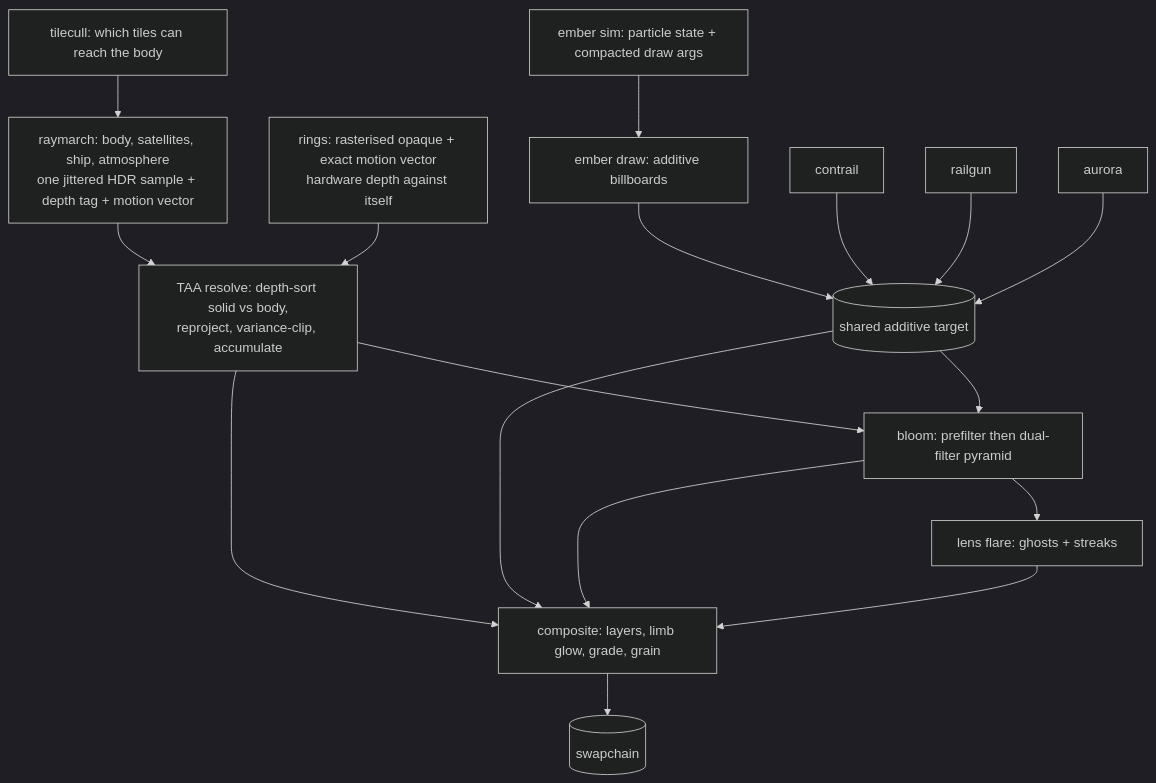
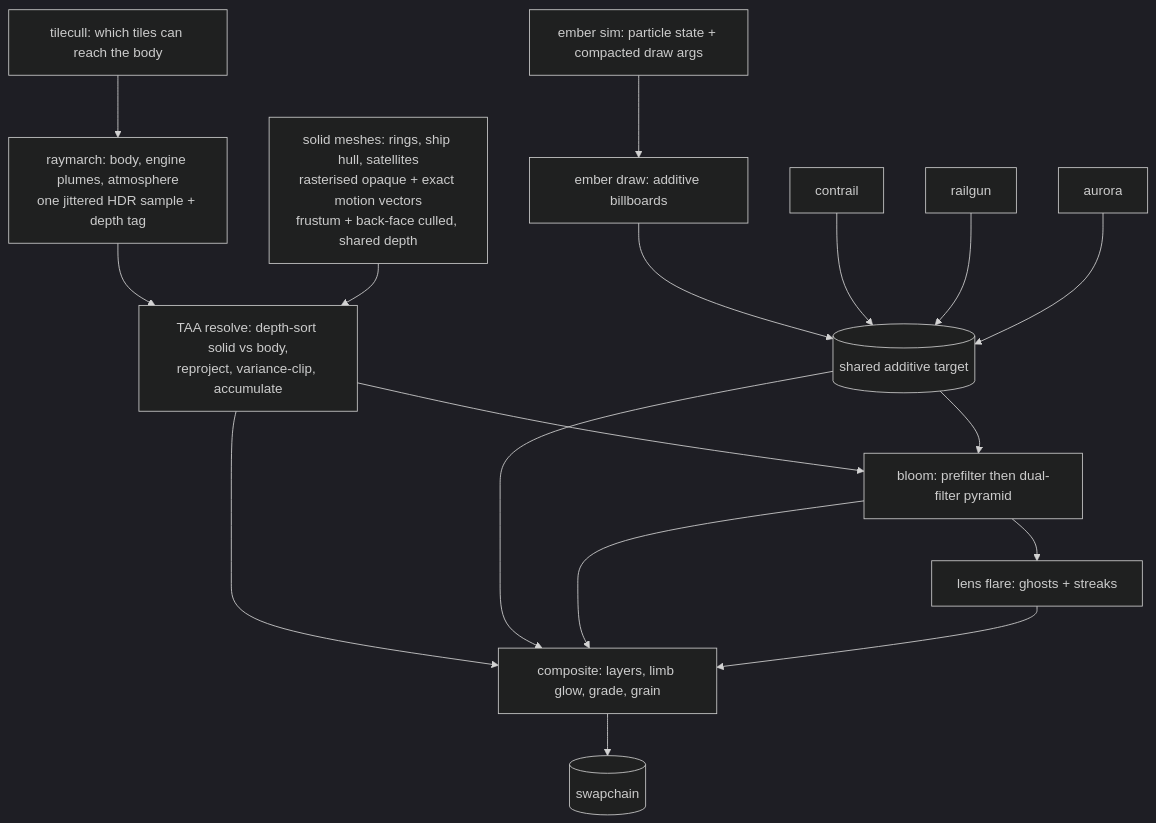
The diagram in ARCHITECTURE.md (xernobyl/potential-fishstick), drawn with Mermaid (dark theme) before and after one commit. The commit also changed other lines of this file and 18 other files, not shown here.

First line of the commit message:
feat: satellites as meshes, procedural hull paint, frustum culling, wireframe view

````diff
--- a/ARCHITECTURE.md
+++ b/ARCHITECTURE.md
@@ -50,20 +50,20 @@
 ```mermaid
 flowchart TD
     tilecull[tilecull: which tiles can reach the body] --> raymarch
-    raymarch[raymarch: body, satellites, ship, atmosphere<br/>one jittered HDR sample + depth tag + motion vector] --> taa
-    rings[rings: rasterised opaque + exact motion vector<br/>hardware depth against itself] --> taa
+    raymarch[raymarch: body, engine plumes, atmosphere<br/>one jittered HDR sample + depth tag] --> taa
+    solid[solid meshes: rings, ship hull, satellites<br/>rasterised opaque + exact motion vectors<br/>frustum + back-face culled, shared depth] --> taa
     taa[TAA resolve: depth-sort solid vs body,<br/>reproject, variance-clip, accumulate]
     taa --> bloom
     taa --> composite
     sim[ember sim: particle state + compacted draw args] --> embers
     embers[ember draw: additive billboards] --> additive
     contrail[contrail] --> additive
     railgun[railgun] --> additive
     aurora[aurora] --> additive
     additive[(shared additive target)] --> bloom
     additive --> composite
     bloom[bloom: prefilter then dual-filter pyramid] --> flare
     bloom --> composite
     flare[lens flare: ghosts + streaks] --> composite
     composite[composite: layers, limb glow, grade, grain] --> swap[(swapchain)]
 ```
````
